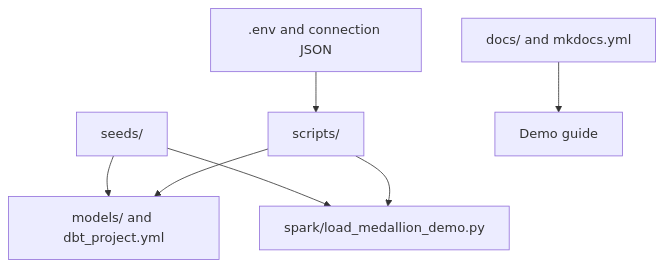
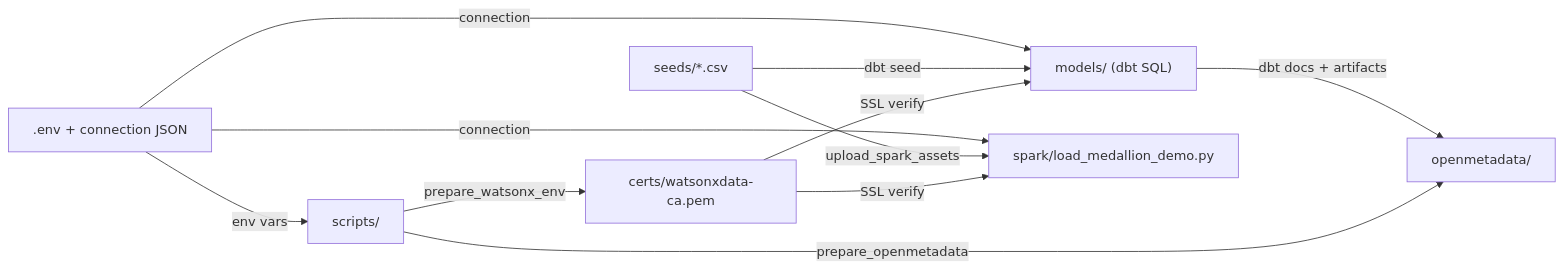
The first of 2 diagrams in docs/files.md (aseelert/ibmas-watsonxdata-dbt), drawn with Mermaid before and after one commit. The commit also changed other lines of this file and 11 other files, not shown here.

First line of the commit message:
Restructure docs as workshop: Prepare → Understand → Demo Paths → Reference

````diff
--- a/docs/files.md
+++ b/docs/files.md
@@ -5,16 +10,21 @@
 ```mermaid
-flowchart TB
-  env[".env and connection JSON"]
-  scripts["scripts/"]
-  seeds["seeds/"]
-  dbt["models/ and dbt_project.yml"]
-  spark["spark/load_medallion_demo.py"]
-  docs["docs/ and mkdocs.yml"]
+flowchart LR
+    A[".env + connection JSON"]
+    B["seeds/*.csv"]
+    C["scripts/"]
+    D["models/ (dbt SQL)"]
+    E["spark/load_medallion_demo.py"]
+    F["openmetadata/"]
+    G["certs/watsonxdata-ca.pem"]
 
-  env --> scripts
-  seeds --> dbt
-  seeds --> spark
-  scripts --> dbt
-  scripts --> spark
-  docs --> user["Demo guide"]
+    A -->|"env vars"| C
+    A -->|"connection"| D
+    A -->|"connection"| E
+    B -->|"dbt seed"| D
+    B -->|"upload_spark_assets"| E
+    C -->|"prepare_watsonx_env"| G
+    G -->|"SSL verify"| D
+    G -->|"SSL verify"| E
+    D -->|"dbt docs + artifacts"| F
+    C -->|"prepare_openmetadata"| F
 ```
````
